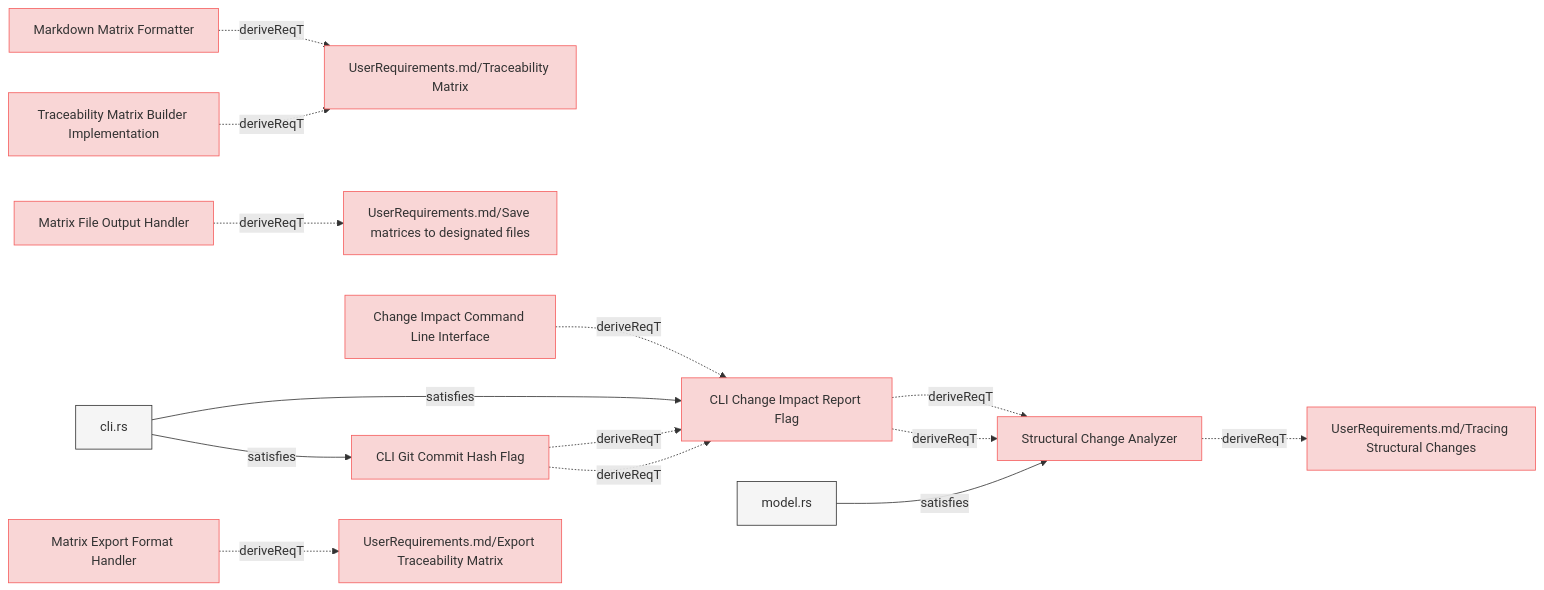
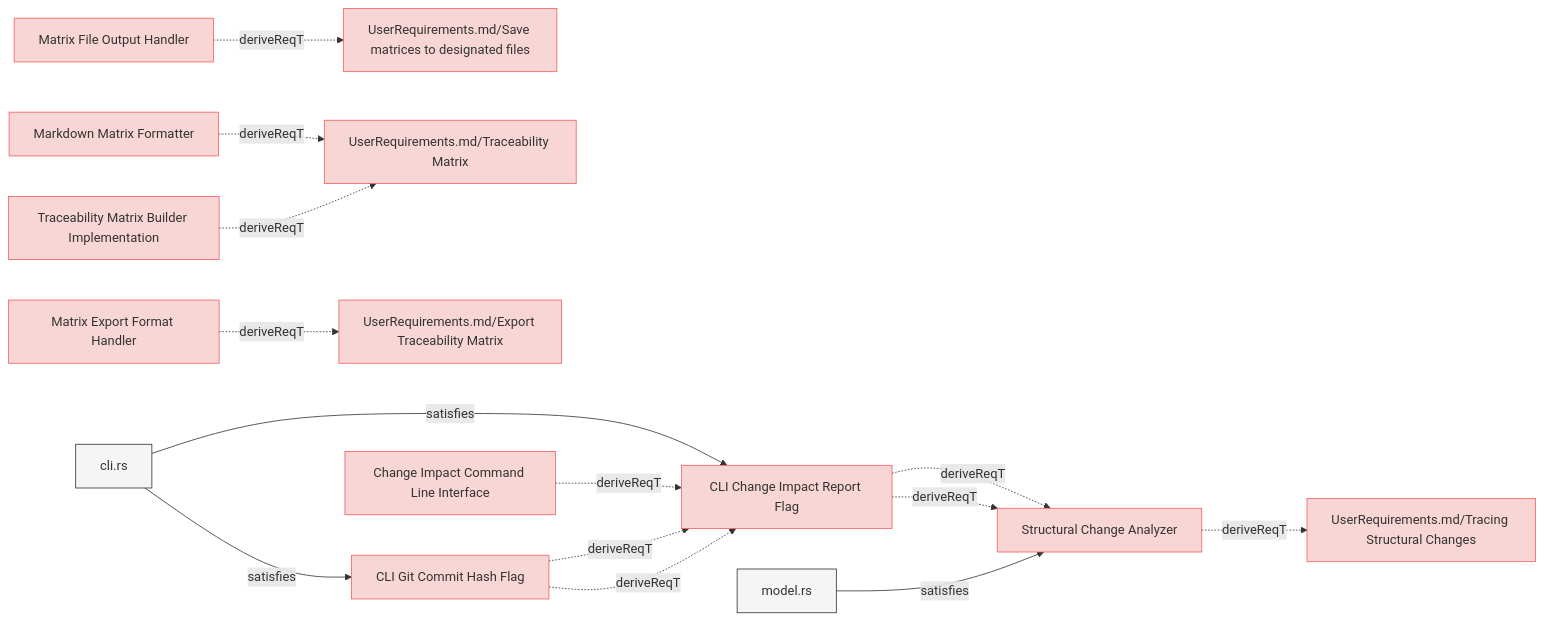
Before and after one commit to reqvire-org/reqvire: the sixth of 8 diagrams in specifications/SystemRequirements/Requirements.md, drawn with Mermaid. The commit also changed other lines of this file and 7 other files, not shown here.

````diff
--- a/specifications/SystemRequirements/Requirements.md
+++ b/specifications/SystemRequirements/Requirements.md
@@ -754,64 +754,64 @@
 ```mermaid
 graph LR;
   %% Graph styling
   classDef requirement fill:#f9d6d6,stroke:#f55f5f,stroke-width:1px;
   classDef verification fill:#d6f9d6,stroke:#5fd75f,stroke-width:1px;
   classDef externalLink fill:#d0e0ff,stroke:#3080ff,stroke-width:1px;
   classDef default fill:#f5f5f5,stroke:#333333,stroke-width:1px;
 
+  83a2343e97["Matrix File Output Handler"];
+  click 83a2343e97 "Requirements.md#matrix-file-output-handler";
+  class 83a2343e97 requirement;
+  c4b025f6ac["UserRequirements.md/Save matrices to designated files"];
+  class c4b025f6ac requirement;
+  click c4b025f6ac "../UserRequirements.md#save-matrices-to-designated-files";
+  83a2343e97 -.->|deriveReqT| c4b025f6ac;
   b8b4018461["CLI Git Commit Hash Flag"];
   click b8b4018461 "Requirements.md#cli-git-commit-hash-flag";
   class b8b4018461 requirement;
   665b7456c9["CLI Change Impact Report Flag"];
   class 665b7456c9 requirement;
   click 665b7456c9 "Requirements.md#cli-change-impact-report-flag";
   b8b4018461 -.->|deriveReqT| 665b7456c9;
   11ffc4632a["cli.rs"];
   class 11ffc4632a default;
   click 11ffc4632a "../../cli/src/cli.rs";
   11ffc4632a -->|satisfies| b8b4018461;
+  5eca866a03["Traceability Matrix Builder Implementation"];
+  click 5eca866a03 "Requirements.md#traceability-matrix-builder-implementation";
+  class 5eca866a03 requirement;
+  ba40352f8e["UserRequirements.md/Traceability Matrix"];
+  class ba40352f8e requirement;
+  click ba40352f8e "../UserRequirements.md#traceability-matrix";
+  5eca866a03 -.->|deriveReqT| ba40352f8e;
+  8897111f9b["Matrix Export Format Handler"];
+  click 8897111f9b "Requirements.md#matrix-export-format-handler";
+  class 8897111f9b requirement;
+  4b7b432817["UserRequirements.md/Export Traceability Matrix"];
+  class 4b7b432817 requirement;
+  click 4b7b432817 "../UserRequirements.md#export-traceability-matrix";
+  8897111f9b -.->|deriveReqT| 4b7b432817;
+  d7e5fbf806["Markdown Matrix Formatter"];
+  click d7e5fbf806 "Requirements.md#markdown-matrix-formatter";
+  class d7e5fbf806 requirement;
+  d7e5fbf806 -.->|deriveReqT| ba40352f8e;
   918cc4a26d["Structural Change Analyzer"];
   click 918cc4a26d "Requirements.md#structural-change-analyzer";
   class 918cc4a26d requirement;
   91ebf7e73d["UserRequirements.md/Tracing Structural Changes"];
   class 91ebf7e73d requirement;
   click 91ebf7e73d "../UserRequirements.md#tracing-structural-changes";
   918cc4a26d -.->|deriveReqT| 91ebf7e73d;
   cc976e6bcd["model.rs"];
   class cc976e6bcd default;
   click cc976e6bcd "../../core/src/change_impact.rs";
   cc976e6bcd -->|satisfies| 918cc4a26d;
   665b7456c9 -.->|deriveReqT| 918cc4a26d;
-  5eca866a03["Traceability Matrix Builder Implementation"];
-  click 5eca866a03 "Requirements.md#traceability-matrix-builder-implementation";
-  class 5eca866a03 requirement;
-  ba40352f8e["UserRequirements.md/Traceability Matrix"];
-  class ba40352f8e requirement;
-  click ba40352f8e "../UserRequirements.md#traceability-matrix";
-  5eca866a03 -.->|deriveReqT| ba40352f8e;
   665b7456c9 -.->|deriveReqT| 918cc4a26d;
   11ffc4632a -->|satisfies| 665b7456c9;
   b8b4018461 -.->|deriveReqT| 665b7456c9;
   6e747b7f03["Change Impact Command Line Interface"];
   class 6e747b7f03 requirement;
   click 6e747b7f03 "ChangeImpactPropagation.md#change-impact-command-line-interface";
   6e747b7f03 -.->|deriveReqT| 665b7456c9;
-  83a2343e97["Matrix File Output Handler"];
-  click 83a2343e97 "Requirements.md#matrix-file-output-handler";
-  class 83a2343e97 requirement;
-  c4b025f6ac["UserRequirements.md/Save matrices to designated files"];
-  class c4b025f6ac requirement;
-  click c4b025f6ac "../UserRequirements.md#save-matrices-to-designated-files";
-  83a2343e97 -.->|deriveReqT| c4b025f6ac;
-  d7e5fbf806["Markdown Matrix Formatter"];
-  click d7e5fbf806 "Requirements.md#markdown-matrix-formatter";
-  class d7e5fbf806 requirement;
-  d7e5fbf806 -.->|deriveReqT| ba40352f8e;
-  8897111f9b["Matrix Export Format Handler"];
-  click 8897111f9b "Requirements.md#matrix-export-format-handler";
-  class 8897111f9b requirement;
-  4b7b432817["UserRequirements.md/Export Traceability Matrix"];
-  class 4b7b432817 requirement;
-  click 4b7b432817 "../UserRequirements.md#export-traceability-matrix";
-  8897111f9b -.->|deriveReqT| 4b7b432817;
 ```
````
